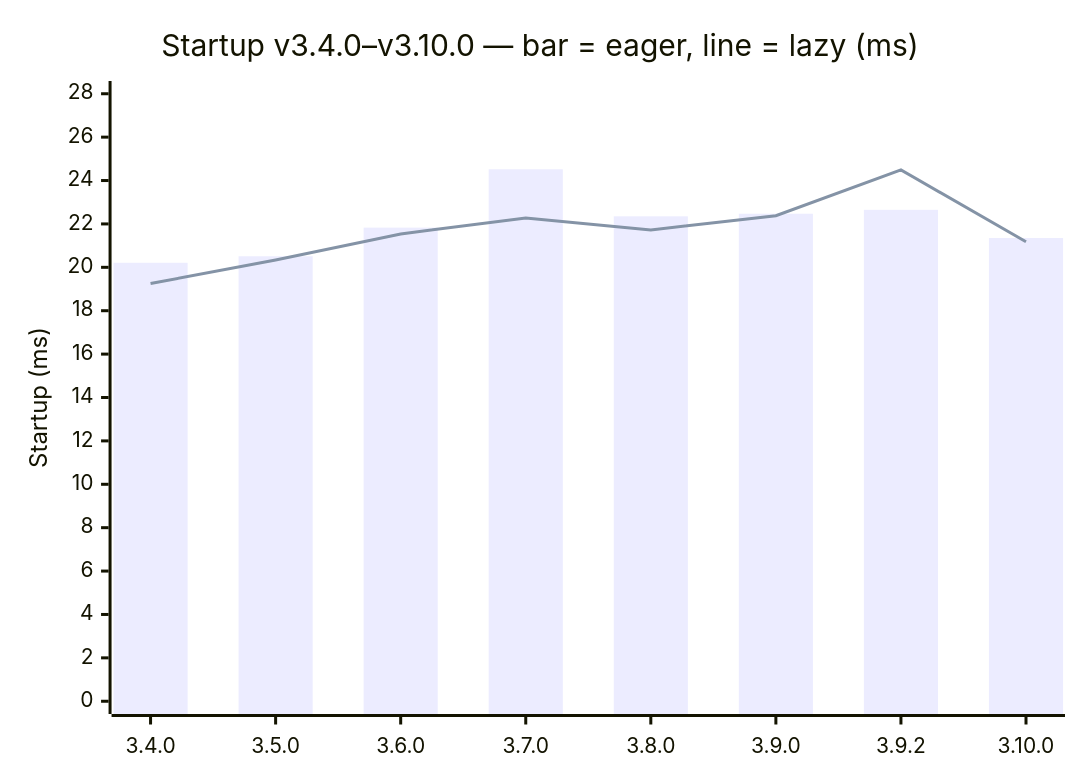
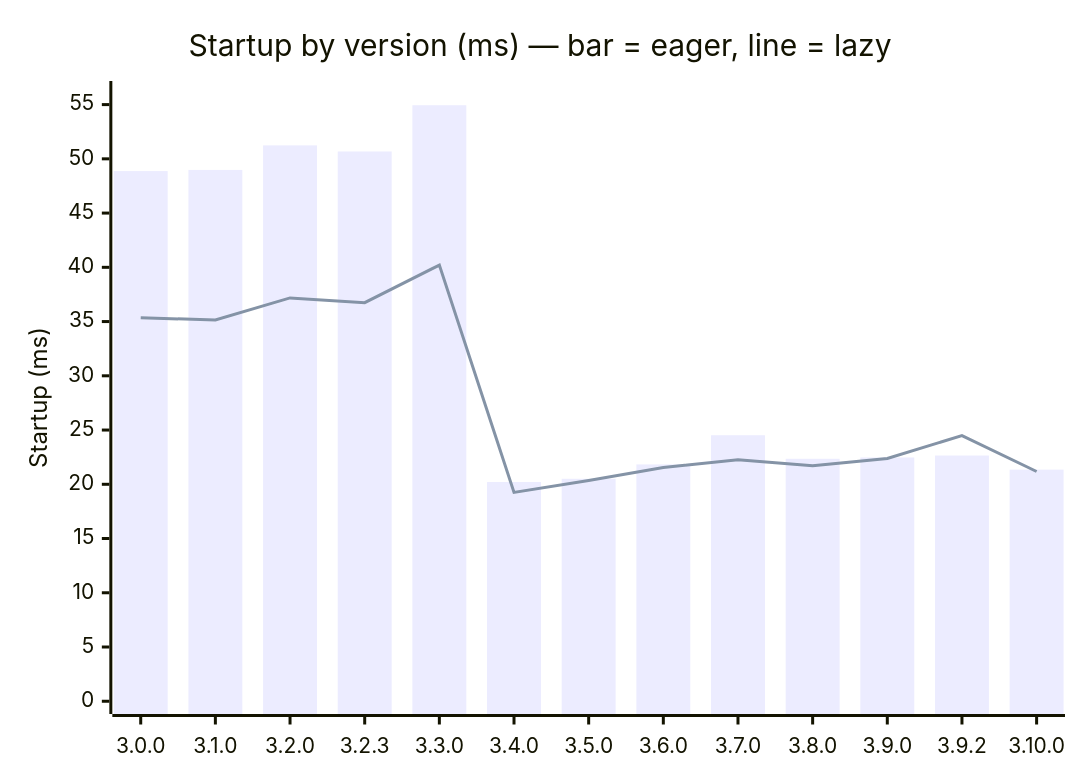
Before and after one commit to CLDMV/slothlet: the diagram in docs/performance/README.md, drawn with Mermaid. The commit also changed other lines of this file, not shown here.

Commit message:
docs(performance): chart ALL 13 versions in the README startup graph
Restore v3.0.0-v3.3.0 to the README mermaid (I had wrongly narrowed it to only
the v3.4.0+ era). Every version is plotted with its OWN per-version doc numbers
(v3.0.0-v3.3.0 = the April-2026 file numbers, untouched; v3.4.0+ = the June-2026
numbers), with the two-era hardware/script boundary annotated so the drop at
v3.4.0 reads as the environment change, not a code speedup.

````diff
--- a/docs/performance/README.md
+++ b/docs/performance/README.md
@@ -9,8 +9,8 @@
 ```mermaid
 xychart-beta
-    title "Startup v3.4.0–v3.10.0 — bar = eager, line = lazy (ms)"
-    x-axis ["3.4.0", "3.5.0", "3.6.0", "3.7.0", "3.8.0", "3.9.0", "3.9.2", "3.10.0"]
-    y-axis "Startup (ms)" 0 --> 28
-    bar [20.21, 20.51, 21.83, 24.52, 22.35, 22.47, 22.65, 21.35]
-    line [19.25, 20.34, 21.54, 22.27, 21.72, 22.38, 24.49, 21.18]
+    title "Startup by version (ms) — bar = eager, line = lazy"
+    x-axis ["3.0.0", "3.1.0", "3.2.0", "3.2.3", "3.3.0", "3.4.0", "3.5.0", "3.6.0", "3.7.0", "3.8.0", "3.9.0", "3.9.2", "3.10.0"]
+    y-axis "Startup (ms)" 0 --> 56
+    bar [48.87, 48.98, 51.24, 50.68, 54.94, 20.21, 20.51, 21.83, 24.52, 22.35, 22.47, 22.65, 21.35]
+    line [35.36, 35.14, 37.18, 36.74, 40.21, 19.25, 20.34, 21.54, 22.27, 21.72, 22.38, 24.49, 21.18]
 ```
````
